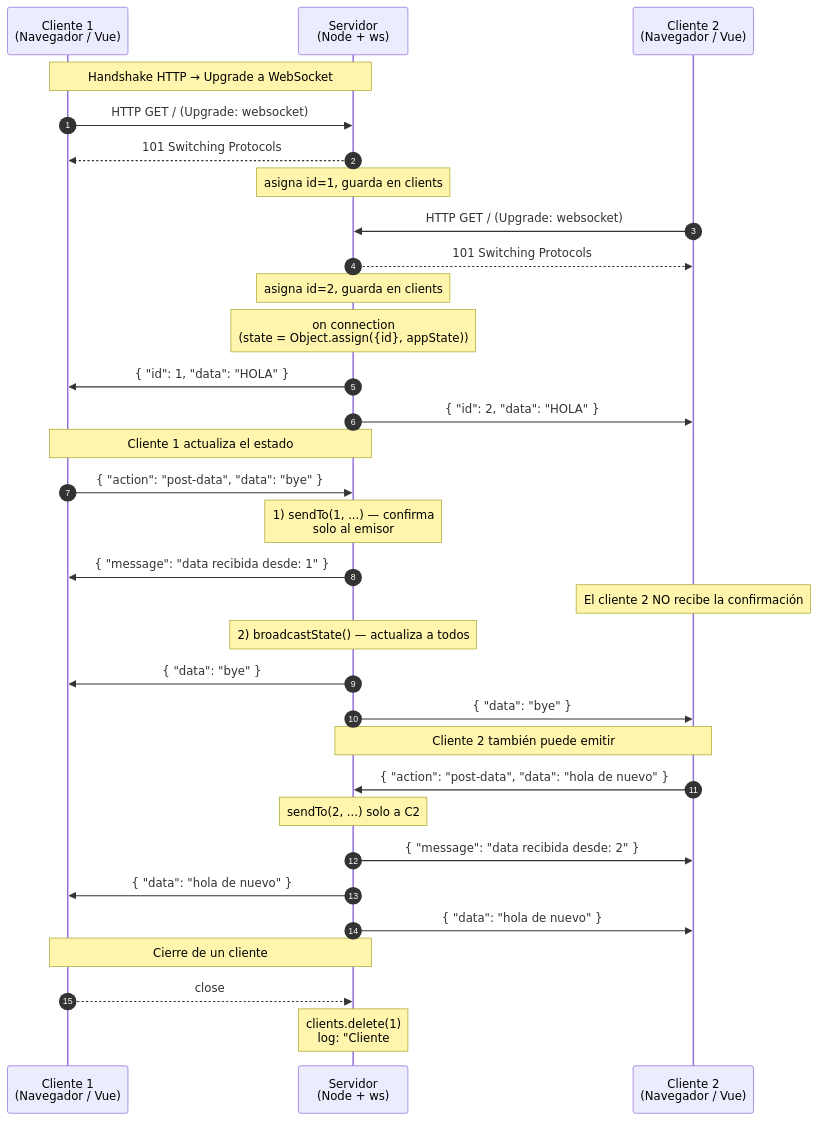
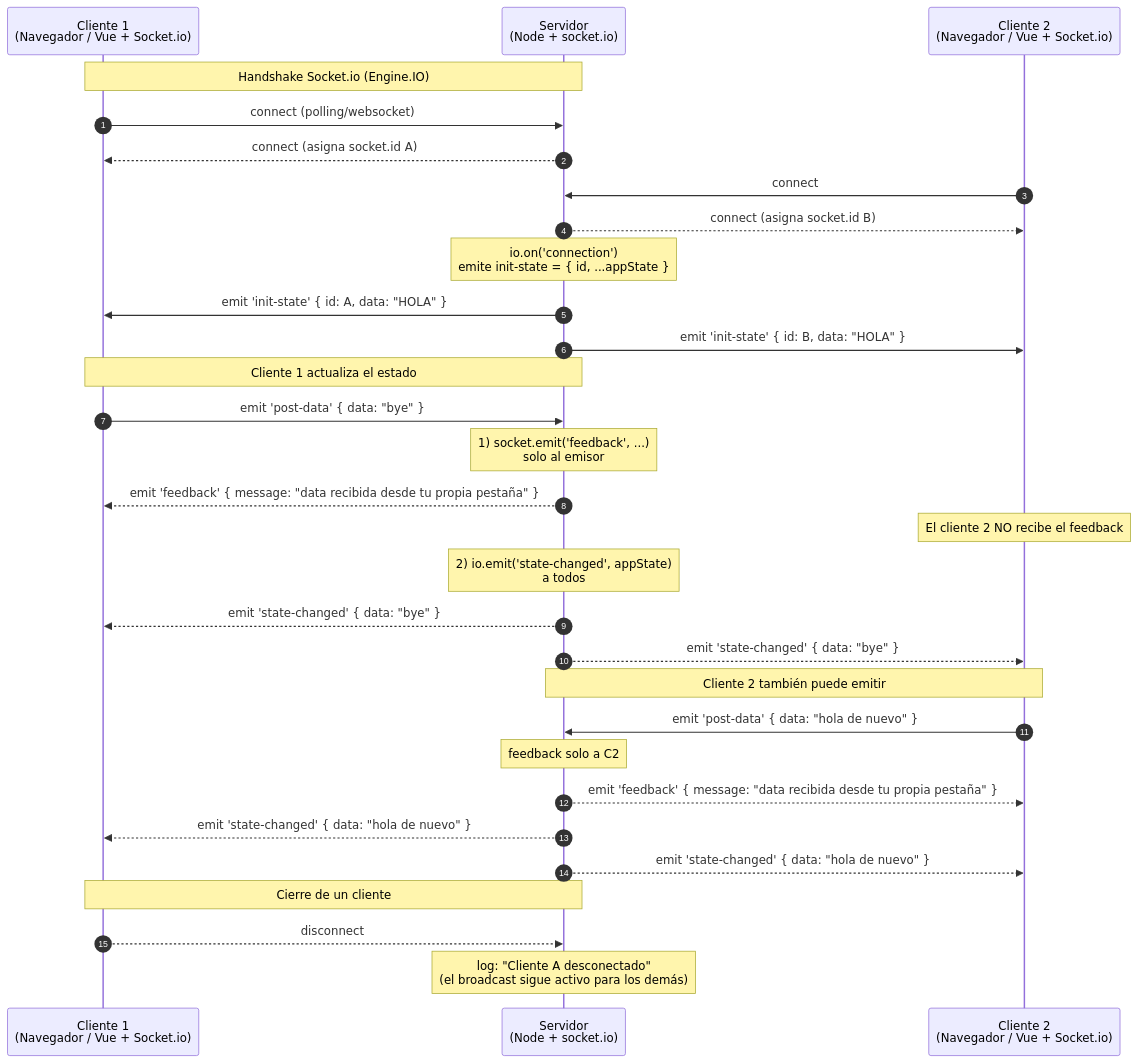
One commit to akobashikawa/websockets-hola changed the diagram in README.md. Above: the diagram before and after it, drawn with Mermaid. The commit also changed other lines of this file and 1 other file, not shown here.

Commit message:
feat: refactor server to use Socket.io for broadcasting state and sending messages to clients

````diff
--- a/README.md
+++ b/README.md
@@ -107,42 +107,39 @@
 ```mermaid
 sequenceDiagram
     autonumber
-    participant C1 as Cliente 1<br>(Navegador / Vue)
-    participant S as Servidor<br>(Node + ws)
-    participant C2 as Cliente 2<br>(Navegador / Vue)
+    participant C1 as Cliente 1<br>(Navegador / Vue + Socket.io)
+    participant S as Servidor<br>(Node + socket.io)
+    participant C2 as Cliente 2<br>(Navegador / Vue + Socket.io)
 
-    Note over C1,S: Handshake HTTP → Upgrade a WebSocket
-    C1->>S: HTTP GET / (Upgrade: websocket)
-    S-->>C1: 101 Switching Protocols
-    Note over S: asigna id=1, guarda en clients
+    Note over C1,S: Handshake Socket.io (Engine.IO)
+    C1->>S: connect (polling/websocket)
+    S-->>C1: connect (asigna socket.id A)
+    C2->>S: connect
+    S-->>C2: connect (asigna socket.id B)
 
-    C2->>S: HTTP GET / (Upgrade: websocket)
-    S-->>C2: 101 Switching Protocols
-    Note over S: asigna id=2, guarda en clients
-
-    Note over S: on connection<br>(state = Object.assign({id}, appState))
-    S->>C1: { "id": 1, "data": "HOLA" }
-    S->>C2: { "id": 2, "data": "HOLA" }
+    Note over S: io.on('connection')<br>emite init-state = { id, ...appState }
+    S->>C1: emit 'init-state' { id: A, data: "HOLA" }
+    S->>C2: emit 'init-state' { id: B, data: "HOLA" }
 
     Note over C1,S: Cliente 1 actualiza el estado
-    C1->>S: { "action": "post-data", "data": "bye" }
+    C1->>S: emit 'post-data' { data: "bye" }
 
-    Note over S: 1) sendTo(1, ...) — confirma<br>solo al emisor
-    S->>C1: { "message": "data recibida desde: 1" }
-    Note over C2: El cliente 2 NO recibe la confirmación
+    Note over S: 1) socket.emit('feedback', ...)<br>solo al emisor
+    S-->>C1: emit 'feedback' { message: "data recibida desde tu propia pestaña" }
+    Note over C2: El cliente 2 NO recibe el feedback
 
-    Note over S: 2) broadcastState() — actualiza a todos
-    S->>C1: { "data": "bye" }
-    S->>C2: { "data": "bye" }
+    Note over S: 2) io.emit('state-changed', appState)<br>a todos
+    S-->>C1: emit 'state-changed' { data: "bye" }
+    S-->>C2: emit 'state-changed' { data: "bye" }
 
     Note over C2,S: Cliente 2 también puede emitir
-    C2->>S: { "action": "post-data", "data": "hola de nuevo" }
-    Note over S: sendTo(2, ...) solo a C2
-    S->>C2: { "message": "data recibida desde: 2" }
-    S->>C1: { "data": "hola de nuevo" }
-    S->>C2: { "data": "hola de nuevo" }
+    C2->>S: emit 'post-data' { data: "hola de nuevo" }
+    Note over S: feedback solo a C2
+    S-->>C2: emit 'feedback' { message: "data recibida desde tu propia pestaña" }
+    S-->>C1: emit 'state-changed' { data: "hola de nuevo" }
+    S-->>C2: emit 'state-changed' { data: "hola de nuevo" }
 
     Note over C1,S: Cierre de un cliente
-    C1-->>S: close
-    Note over S: clients.delete(1)<br>log: "Cliente #1 desconectado"<br>(el broadcast sigue activo para los demás)
+    C1-->>S: disconnect
+    Note over S: log: "Cliente A desconectado"<br>(el broadcast sigue activo para los demás)
 ```
````
